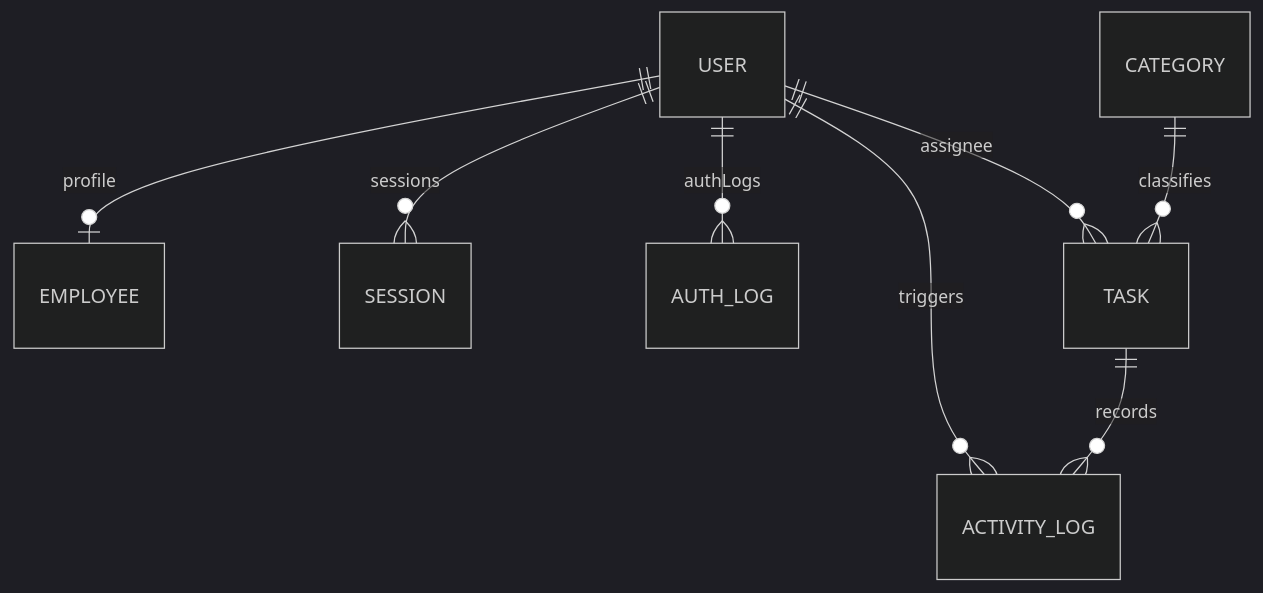
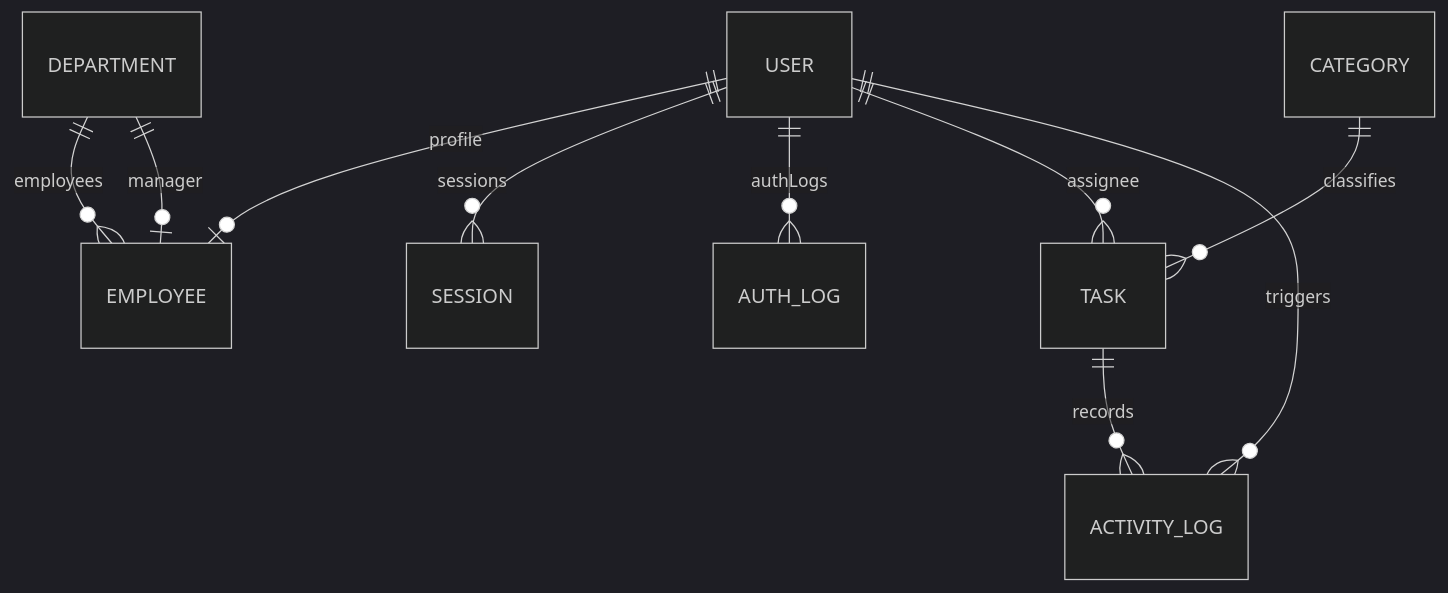
Before and after one commit to prakhar051/Task-Management-Portal: the second of 2 diagrams in PROJECT_REPORT.md, drawn with Mermaid (dark theme). The commit also changed other lines of this file and 30 other files, not shown here.

Commit message:
feat(department): implement department management module with CRUD, manager assignment, employee assignment, statistics, export, bulk operations, restore, and RBAC

````diff
--- a/PROJECT_REPORT.md
+++ b/PROJECT_REPORT.md
@@ -88,10 +88,12 @@
 ```mermaid
 erDiagram
     USER ||--o| EMPLOYEE : "profile"
     USER ||--o{ SESSION : "sessions"
     USER ||--o{ AUTH_LOG : "authLogs"
+    DEPARTMENT ||--o{ EMPLOYEE : "employees"
+    DEPARTMENT ||--o| EMPLOYEE : "manager"
     USER ||--o{ TASK : "assignee"
     USER ||--o{ ACTIVITY_LOG : "triggers"
     CATEGORY ||--o{ TASK : "classifies"
     TASK ||--o{ ACTIVITY_LOG : "records"
 ```
````
